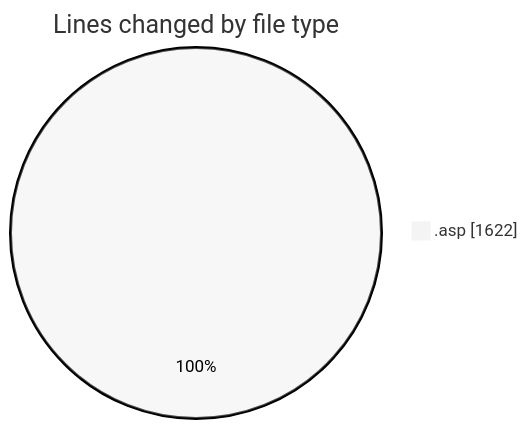
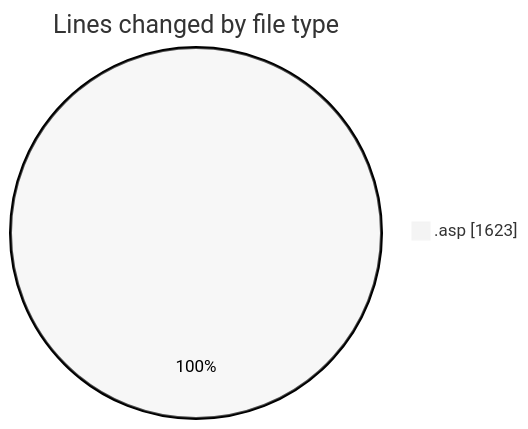
One commit to julien-gomy/code-tracking changed the first of 2 diagrams in 2025-11-05/cdp_aleoudev_fr__workspace_/README.md. Above: the diagram before and after it, drawn with Mermaid (neutral theme). The commit also changed other lines of this file and 1 other file, not shown here.

````diff
--- a/2025-11-05/cdp_aleoudev_fr__workspace_/README.md
+++ b/2025-11-05/cdp_aleoudev_fr__workspace_/README.md
@@ -21,5 +21,5 @@
 ```mermaid
 pie showData
 title Lines changed by file type
-".asp" : 1622
+".asp" : 1623
 ```
````
